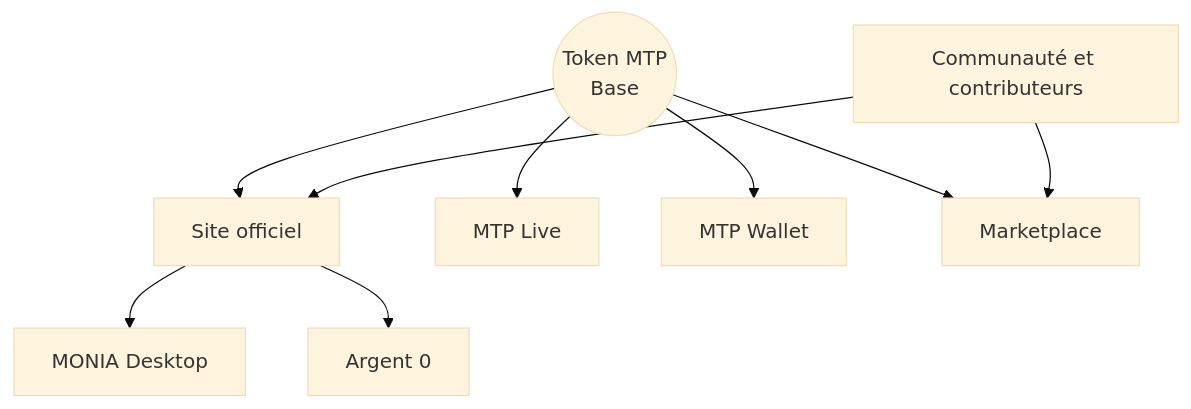
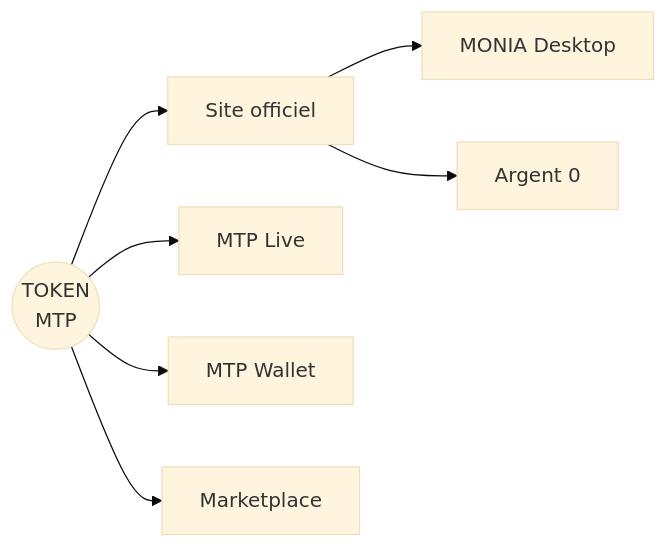
Before and after one commit to jedi566666/MontpellierECU: the diagram in README_FR.md, drawn with Mermaid (base theme). The commit also changed other lines of this file and 1 other file, not shown here.

````diff
--- a/README_FR.md
+++ b/README_FR.md
@@ -40,20 +47,17 @@
 ```mermaid
-flowchart TB
-    MTP((Token MTP<br/>Base))
+flowchart LR
+    MTP((TOKEN<br/>MTP))
     SITE[Site officiel]
     LIVE[MTP Live]
     WALLET[MTP Wallet]
     MARKET[Marketplace]
     MONIA[MONIA Desktop]
-    A0[Argent 0]
-    COMMUNITY[Communauté et contributeurs]
+    ZERO[Argent 0]
 
     MTP --> SITE
     MTP --> LIVE
     MTP --> WALLET
     MTP --> MARKET
     SITE --> MONIA
-    SITE --> A0
-    COMMUNITY --> SITE
-    COMMUNITY --> MARKET
+    SITE --> ZERO
 ```
````
